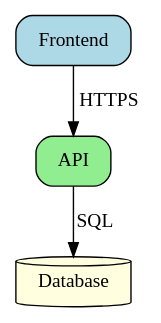
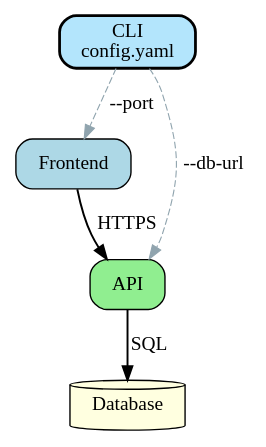
The first of 5 diagrams in claude/skills/graphviz-diagrams/SKILL.md (ravila4/claude-code-config), drawn with Graphviz before and after one commit. The commit also changed other lines of this file and 3 other files, not shown here.

Commit message:
Update Graphviz skill

````diff
--- a/claude/skills/graphviz-diagrams/SKILL.md
+++ b/claude/skills/graphviz-diagrams/SKILL.md
@@ -134,13 +178,19 @@
 ```dot
 digraph Architecture {
   rankdir = TB;
   node [shape=box, style="rounded,filled"];
 
+  CLI [label="CLI\nconfig.yaml", fillcolor="#b3e5fc", style="rounded,filled,bold"];
   Frontend [fillcolor=lightblue];
   API [fillcolor=lightgreen];
   Database [shape=cylinder, fillcolor=lightyellow];
 
-  Frontend -> API [label="HTTPS"];
-  API -> Database [label="SQL"];
+  // Control/configuration edges (de-emphasized)
+  CLI -> Frontend [color="#90a4ae", penwidth=0.8, style=dashed, label="--port"];
+  CLI -> API [color="#90a4ae", penwidth=0.8, style=dashed, label="--db-url"];
+
+  // Data flow edges (prominent)
+  Frontend -> API [label="HTTPS", penwidth=1.4];
+  API -> Database [label="SQL", penwidth=1.4];
 }
 ```
````
